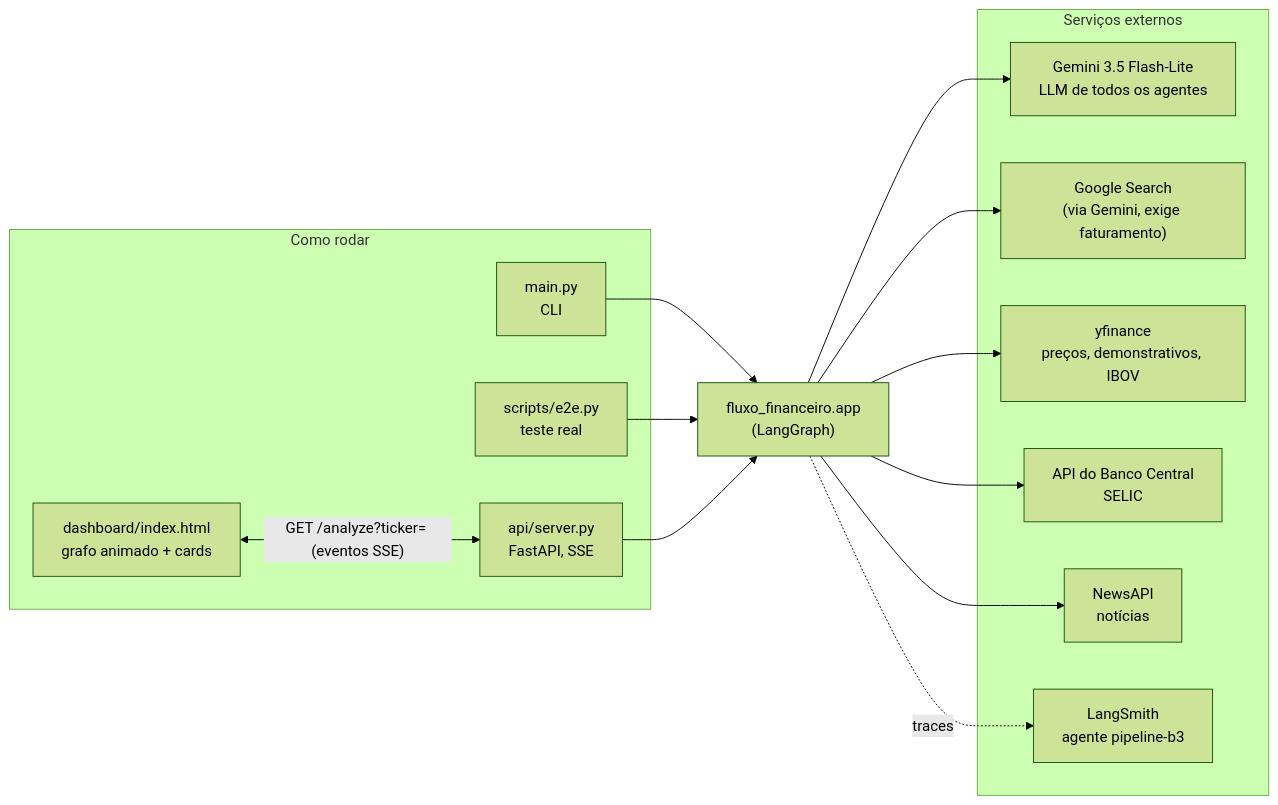
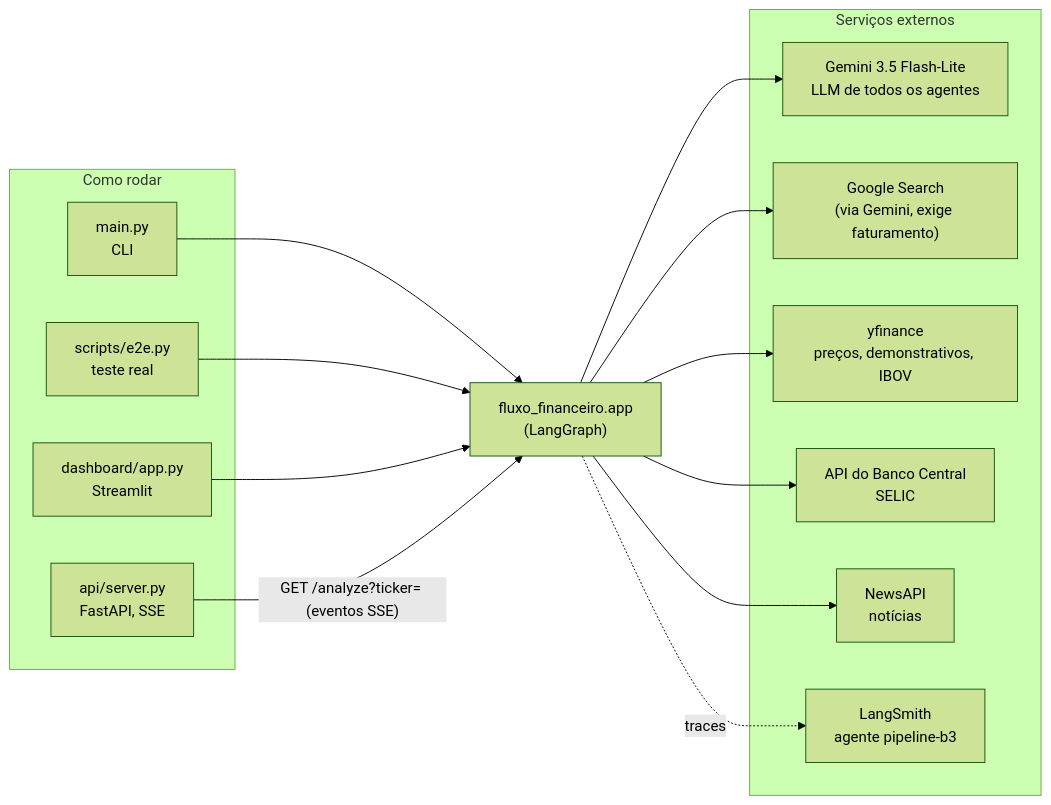
Before and after one commit to igorc22/pipeline-inteligencia-financeira-b3: the fifth of 5 diagrams in docs/arquitetura.md, drawn with Mermaid (forest theme). The commit also changed other lines of this file and 5 other files, not shown here.

Commit message:
feat: streamlit substitui o dashboard html; api fica só com /analyze

````diff
--- a/docs/arquitetura.md
+++ b/docs/arquitetura.md
@@ -184,32 +184,32 @@
 ```mermaid
 flowchart LR
     subgraph entrada["Como rodar"]
         CLI["main.py<br/>CLI"]
         API["api/server.py<br/>FastAPI, SSE"]
-        DASH["dashboard/index.html<br/>grafo animado + cards"]
+        DASH["dashboard/app.py<br/>Streamlit"]
         E2E["scripts/e2e.py<br/>teste real"]
     end
 
     APP["fluxo_financeiro.app<br/>(LangGraph)"]
 
     subgraph externos["Serviços externos"]
         GEM["Gemini 3.5 Flash-Lite<br/>LLM de todos os agentes"]
         GS["Google Search<br/>(via Gemini, exige faturamento)"]
         YF["yfinance<br/>preços, demonstrativos, IBOV"]
         BCB["API do Banco Central<br/>SELIC"]
         NAPI["NewsAPI<br/>notícias"]
         LS["LangSmith<br/>agente pipeline-b3"]
     end
 
     CLI --> APP
     E2E --> APP
-    DASH <-->|"GET /analyze?ticker= (eventos SSE)"| API
-    API --> APP
+    DASH --> APP
+    API -->|"GET /analyze?ticker= (eventos SSE)"| APP
 
     APP --> GEM
     APP --> GS
     APP --> YF
     APP --> BCB
     APP --> NAPI
     APP -.->|"traces"| LS
 ```
````
